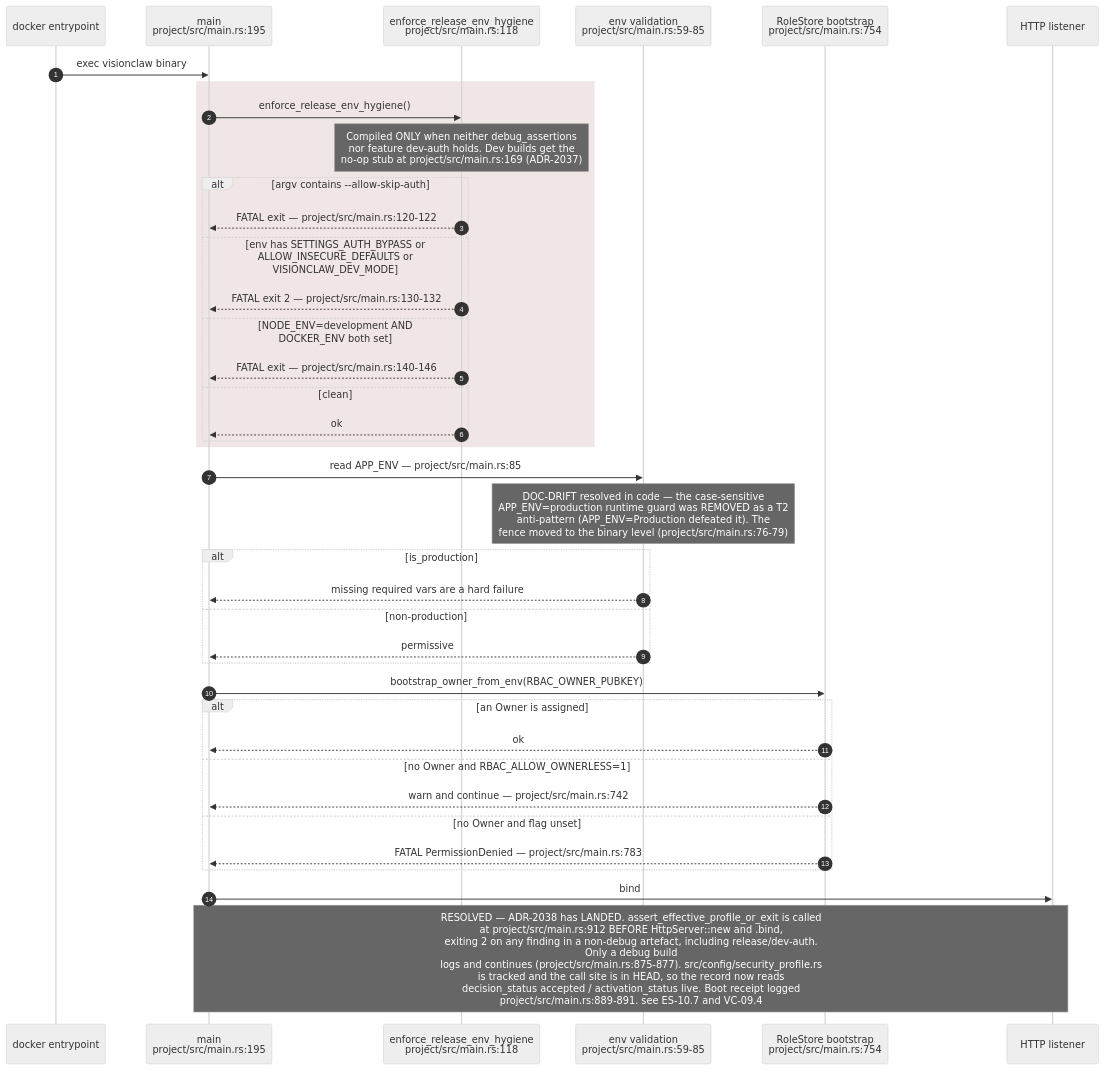
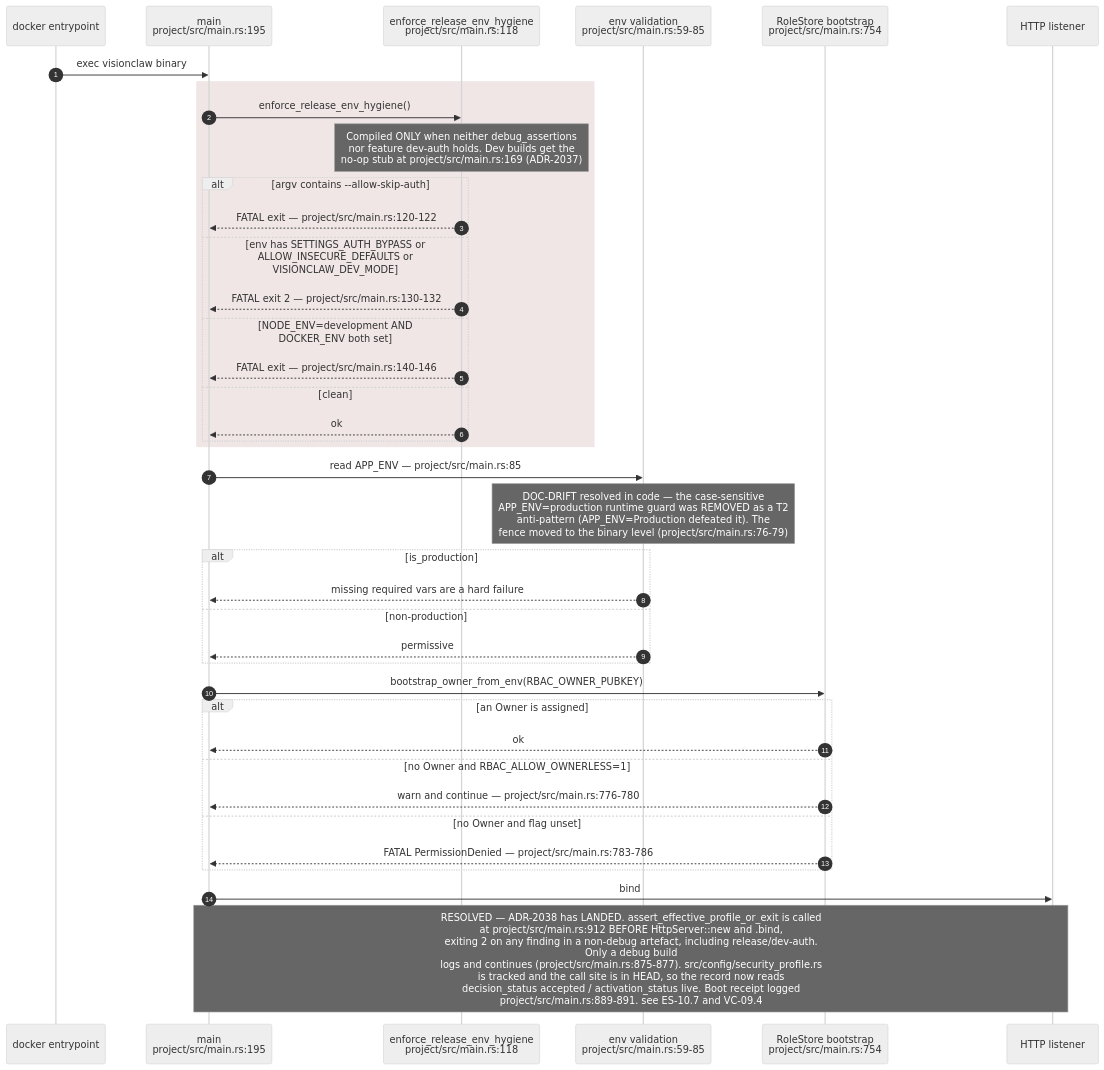
Before and after one commit to DreamLab-AI/VisionFlow: the second of 11 diagrams in docs/diagrams/estate/10-deployment-and-security-profiles.md, drawn with Mermaid (neutral theme). The commit also changed other lines of this file and 12 other files, not shown here.

````diff
--- a/docs/diagrams/estate/10-deployment-and-security-profiles.md
+++ b/docs/diagrams/estate/10-deployment-and-security-profiles.md
@@ -83,42 +86,42 @@
 ```mermaid
 sequenceDiagram
     autonumber
     participant OS as docker entrypoint
     participant M as main<br/>project/src/main.rs:195
     participant EH as enforce_release_env_hygiene<br/>project/src/main.rs:118
     participant EV as env validation<br/>project/src/main.rs:59-85
     participant RS as RoleStore bootstrap<br/>project/src/main.rs:754
     participant L as HTTP listener
 
     OS->>M: exec visionclaw binary
     rect rgb(240,230,230)
     M->>EH: enforce_release_env_hygiene()
     Note over EH: Compiled ONLY when neither debug_assertions<br/>nor feature dev-auth holds. Dev builds get the<br/>no-op stub at project/src/main.rs:169 (ADR-2037)
     alt argv contains --allow-skip-auth
         EH-->>M: FATAL exit — project/src/main.rs:120-122
     else env has SETTINGS_AUTH_BYPASS or ALLOW_INSECURE_DEFAULTS or VISIONCLAW_DEV_MODE
         EH-->>M: FATAL exit 2 — project/src/main.rs:130-132
     else NODE_ENV=development AND DOCKER_ENV both set
         EH-->>M: FATAL exit — project/src/main.rs:140-146
     else clean
         EH-->>M: ok
     end
     end
     M->>EV: read APP_ENV — project/src/main.rs:85
     Note over EV: DOC-DRIFT resolved in code — the case-sensitive<br/>APP_ENV=production runtime guard was REMOVED as a T2<br/>anti-pattern (APP_ENV=Production defeated it). The<br/>fence moved to the binary level (project/src/main.rs:76-79)
     alt is_production
         EV-->>M: missing required vars are a hard failure
     else non-production
         EV-->>M: permissive
     end
     M->>RS: bootstrap_owner_from_env(RBAC_OWNER_PUBKEY)
     alt an Owner is assigned
         RS-->>M: ok
     else no Owner and RBAC_ALLOW_OWNERLESS=1
-        RS-->>M: warn and continue — project/src/main.rs:742
+        RS-->>M: warn and continue — project/src/main.rs:776-780
     else no Owner and flag unset
-        RS-->>M: FATAL PermissionDenied — project/src/main.rs:783
+        RS-->>M: FATAL PermissionDenied — project/src/main.rs:783-786
     end
     M->>L: bind
     Note over M,L: RESOLVED — ADR-2038 has LANDED. assert_effective_profile_or_exit is called<br/>at project/src/main.rs:912 BEFORE HttpServer::new and .bind,<br/>exiting 2 on any finding in a non-debug artefact, including release/dev-auth.<br/>Only a debug build<br/>logs and continues (project/src/main.rs:875-877). src/config/security_profile.rs<br/>is tracked and the call site is in HEAD, so the record now reads<br/>decision_status accepted / activation_status live. Boot receipt logged<br/>project/src/main.rs:889-891. see ES-10.7 and VC-09.4
 ```
````
